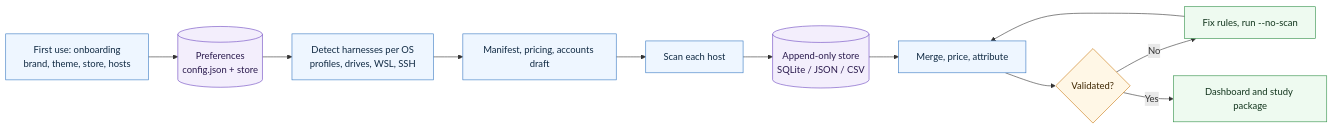
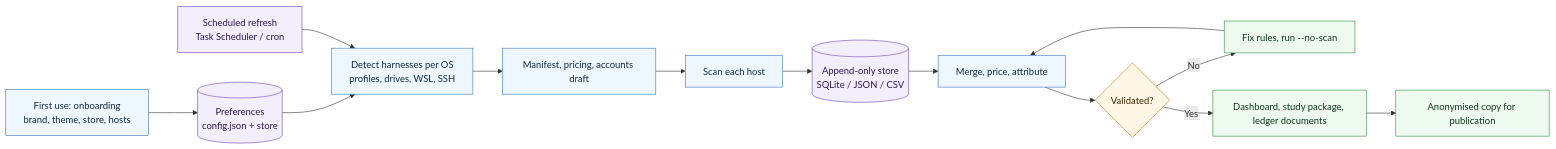
The diagram in assets/diagrams/workflow.mmd (CompleteTech-LLC/ai-usage-ledger-skill), drawn with Mermaid before and after one commit. The commit also changed 23 other files, not shown here.

```diff
--- a/assets/diagrams/workflow.mmd
+++ b/assets/diagrams/workflow.mmd
@@ -1,19 +1,21 @@
 flowchart LR
   O[First use: onboarding<br/>brand, theme, store, hosts] --> P[(Preferences<br/>config.json + store)]
   A[Detect harnesses per OS<br/>profiles, drives, WSL, SSH] --> B[Manifest, pricing, accounts draft]
   P --> A
   B --> C[Scan each host]
   C --> S[(Append-only store<br/>SQLite / JSON / CSV)]
   S --> D[Merge, price, attribute]
   D --> E{Validated?}
   E -->|No| F[Fix rules, run --no-scan]
   F --> D
-  E -->|Yes| G[Dashboard and study package]
+  E -->|Yes| G[Dashboard, study package, ledger documents]
+  G --> H[Anonymised copy for publication]
+  T[Scheduled refresh<br/>Task Scheduler / cron] --> A
   classDef source fill:#eef6ff,stroke:#3778c2,color:#102a43;
   classDef gate fill:#fff7e6,stroke:#c97a12,color:#3d2600;
   classDef output fill:#eefaf0,stroke:#2f8f46,color:#12351d;
   classDef store fill:#f3eefc,stroke:#6b46c1,color:#2a1a4d;
   class O,A,B,C,D source;
   class E gate;
-  class F,G output;
-  class P,S store;
+  class F,G,H output;
+  class P,S,T store;
```
